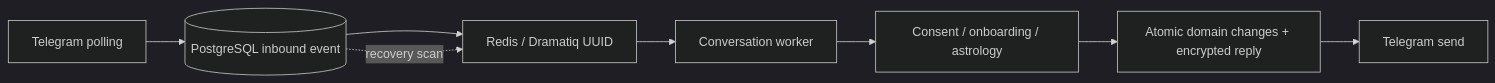
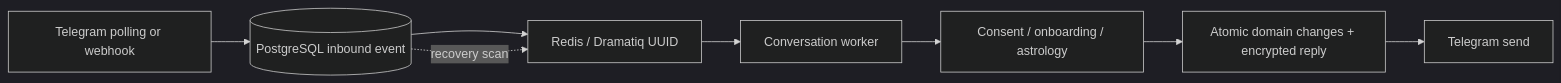
One commit to bdobrica/OriaEngine changed the diagram in docs/worker-queue.md. Above: the diagram before and after it, drawn with Mermaid (dark theme). The commit also changed other lines of this file and 20 other files, not shown here.

Commit message:
feat: add production Telegram webhook ingress

````diff
--- a/docs/worker-queue.md
+++ b/docs/worker-queue.md
@@ -9,10 +9,10 @@
 ```mermaid
 flowchart LR
-    T[Telegram polling] --> P[(PostgreSQL inbound event)]
+    T[Telegram polling or webhook] --> P[(PostgreSQL inbound event)]
     P --> R[Redis / Dramatiq UUID]
     R --> W[Conversation worker]
     W --> C[Consent / onboarding / astrology]
     C --> A[Atomic domain changes + encrypted reply]
     A --> S[Telegram send]
     P -. recovery scan .-> R
 ```
````
